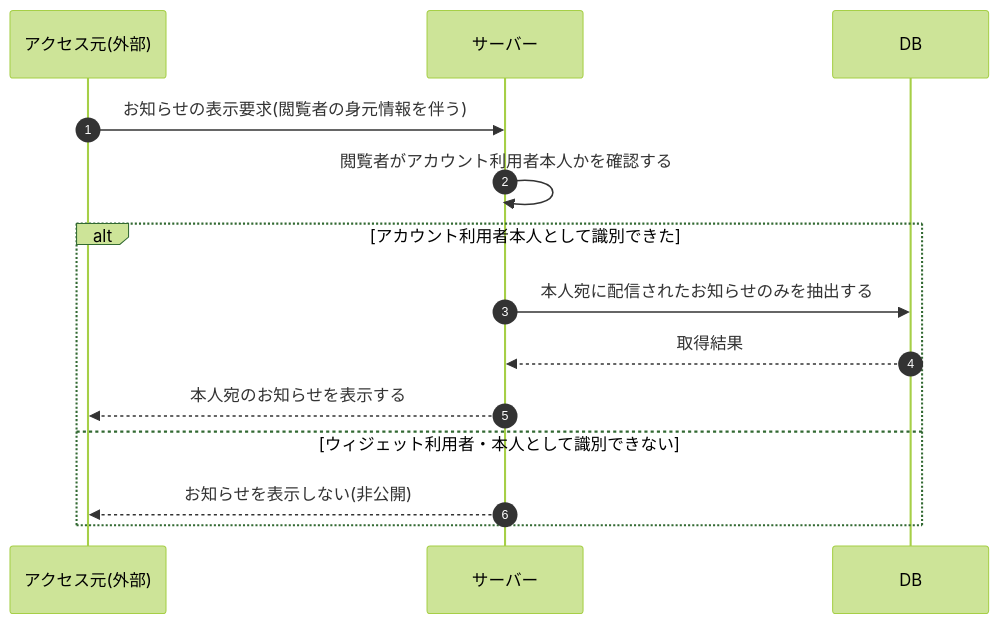
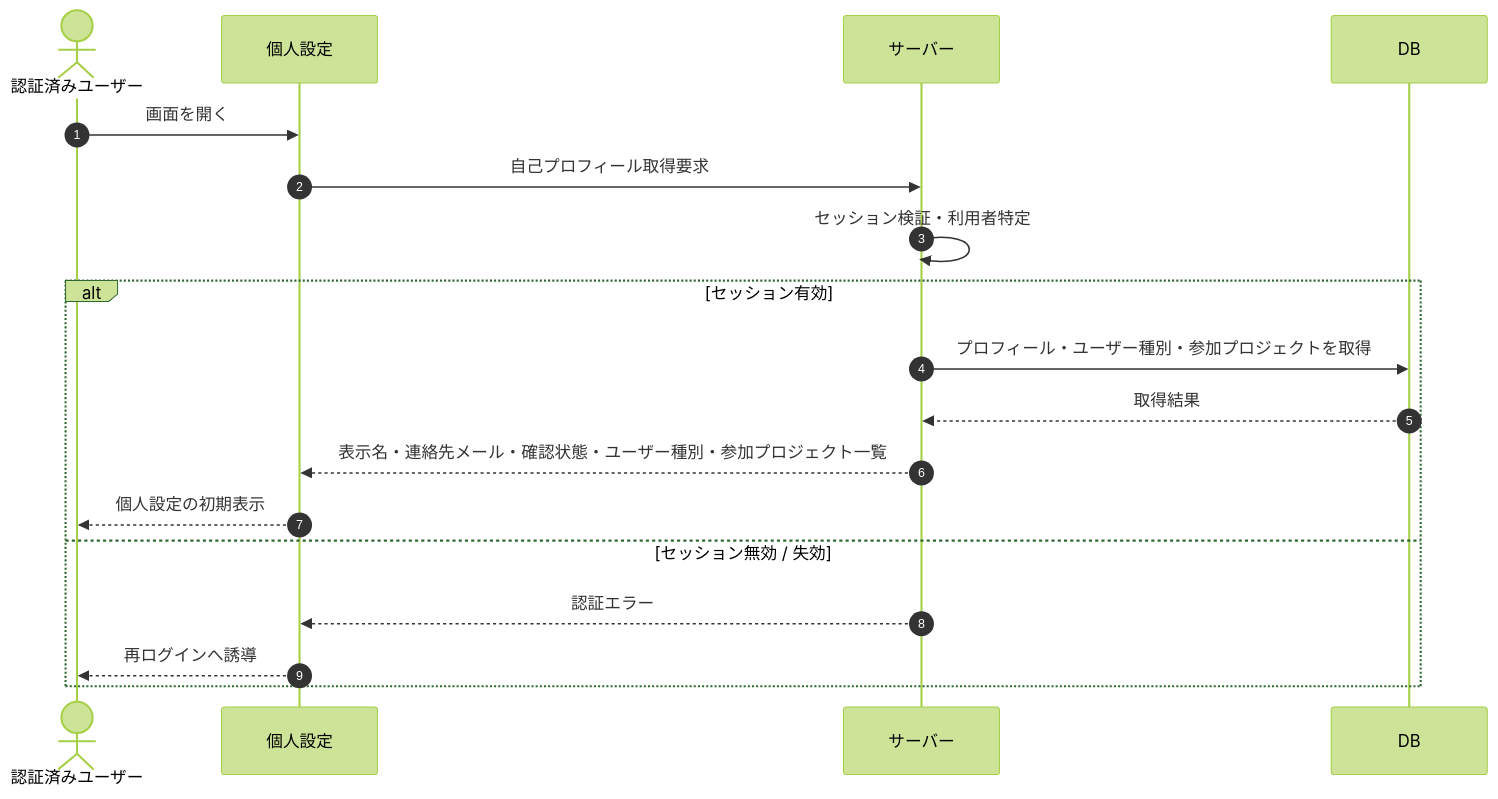
Before and after one commit to sikakou54/open-faq: the diagram in 02_basic_design/03_sequences/SEQ-120.md, drawn with Mermaid (forest theme). The commit also changed other lines of this file and 395 other files, not shown here.

````diff
--- a/02_basic_design/03_sequences/SEQ-120.md
+++ b/02_basic_design/03_sequences/SEQ-120.md
@@ -25,16 +25,20 @@
 ```mermaid
 sequenceDiagram
   autonumber
-  participant REQ as アクセス元(外部)
+  actor U as 認証済みユーザー
+  participant Screen as 個人設定
   participant Server as サーバー
   participant DB as DB
-  REQ->>Server: お知らせの表示要求(閲覧者の身元情報を伴う)
-  Server->>Server: 閲覧者がアカウント利用者本人かを確認する
-  alt アカウント利用者本人として識別できた
-    Server->>DB: 本人宛に配信されたお知らせのみを抽出する
+  U->>Screen: 画面を開く
+  Screen->>Server: 自己プロフィール取得要求
+  Server->>Server: セッション検証・利用者特定
+  alt セッション有効
+    Server->>DB: プロフィール・ユーザー種別・参加プロジェクトを取得
     DB-->>Server: 取得結果
-    Server-->>REQ: 本人宛のお知らせを表示する
-  else ウィジェット利用者・本人として識別できない
-    Server-->>REQ: お知らせを表示しない(非公開)
+    Server-->>Screen: 表示名・連絡先メール・確認状態・ユーザー種別・参加プロジェクト一覧
+    Screen-->>U: 個人設定の初期表示
+  else セッション無効 / 失効
+    Server-->>Screen: 認証エラー
+    Screen-->>U: 再ログインへ誘導
   end
 ```
````
